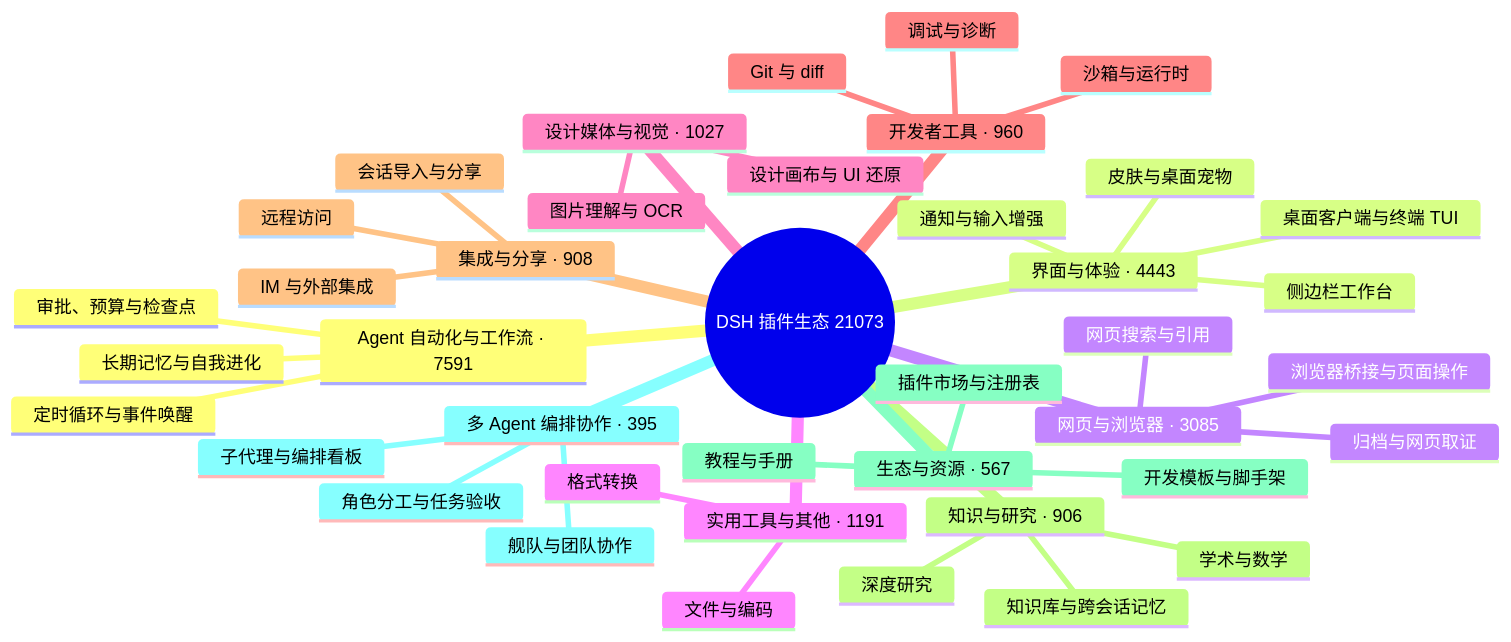
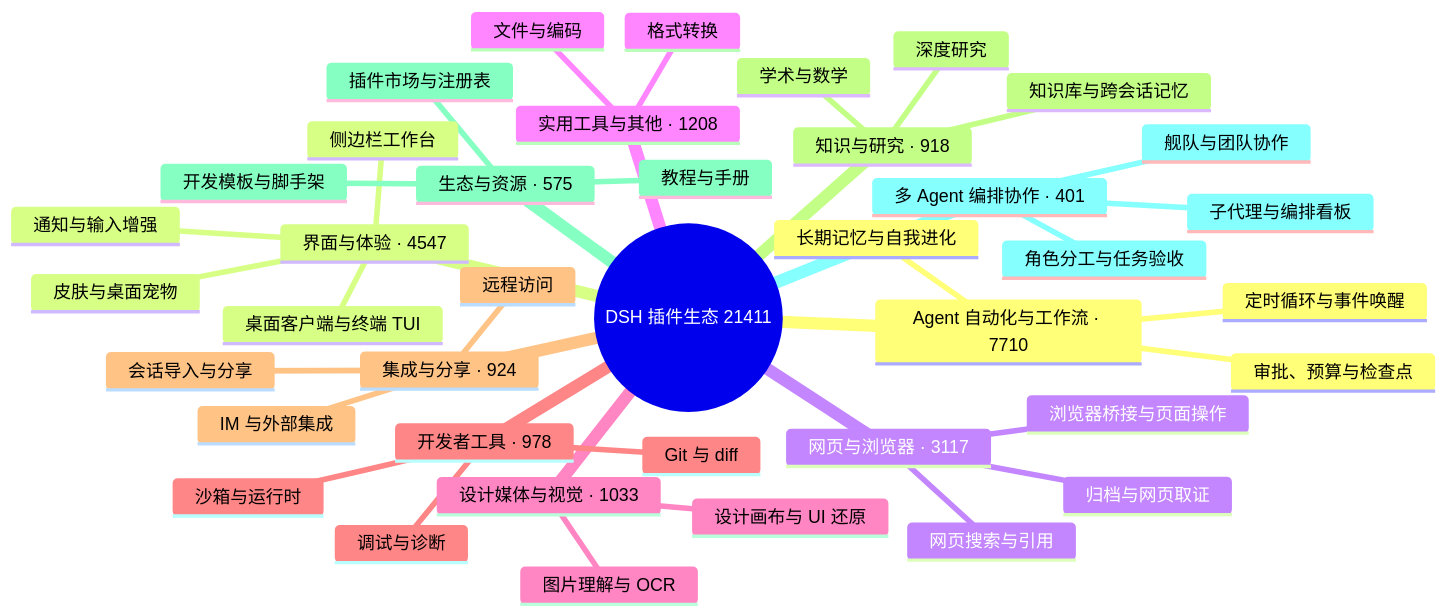
The diagram in README.md (bruc3van/awesome-dsh-plugin), drawn with Mermaid before and after one commit. The commit also changed other lines of this file and 27 other files, not shown here.

````diff
--- a/README.md
+++ b/README.md
@@ -40,43 +40,43 @@
 ```mermaid
 mindmap
-  root((DSH 插件生态 21073))
-    Agent 自动化与工作流 · 7591
+  root((DSH 插件生态 21411))
+    Agent 自动化与工作流 · 7710
       定时循环与事件唤醒
       长期记忆与自我进化
       审批、预算与检查点
-    界面与体验 · 4443
+    界面与体验 · 4547
       桌面客户端与终端 TUI
       侧边栏工作台
       皮肤与桌面宠物
       通知与输入增强
-    网页与浏览器 · 3085
+    网页与浏览器 · 3117
       浏览器桥接与页面操作
       网页搜索与引用
       归档与网页取证
-    实用工具与其他 · 1191
+    实用工具与其他 · 1208
       文件与编码
       格式转换
-    设计媒体与视觉 · 1027
+    设计媒体与视觉 · 1033
       图片理解与 OCR
       设计画布与 UI 还原
-    开发者工具 · 960
+    开发者工具 · 978
       Git 与 diff
       沙箱与运行时
       调试与诊断
-    集成与分享 · 908
+    集成与分享 · 924
       会话导入与分享
       远程访问
       IM 与外部集成
-    知识与研究 · 906
+    知识与研究 · 918
       知识库与跨会话记忆
       深度研究
       学术与数学
-    生态与资源 · 567
+    生态与资源 · 575
       插件市场与注册表
       开发模板与脚手架
       教程与手册
-    多 Agent 编排协作 · 395
+    多 Agent 编排协作 · 401
       子代理与编排看板
       舰队与团队协作
       角色分工与任务验收
 ```
````
